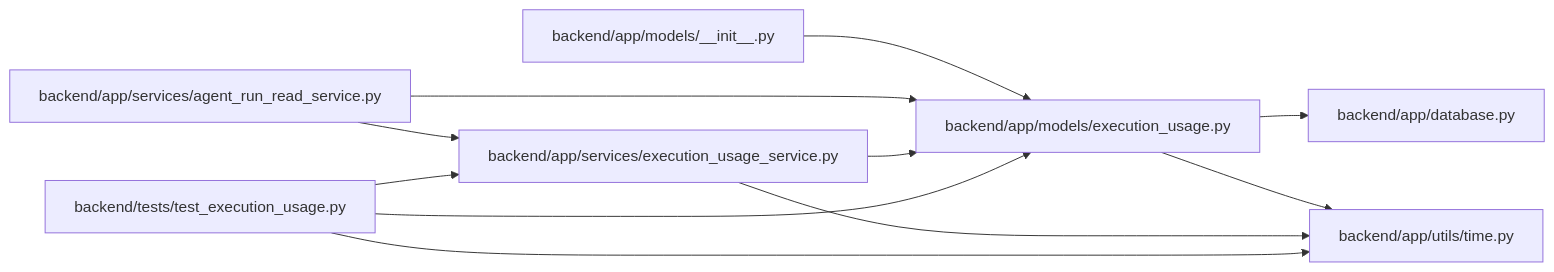
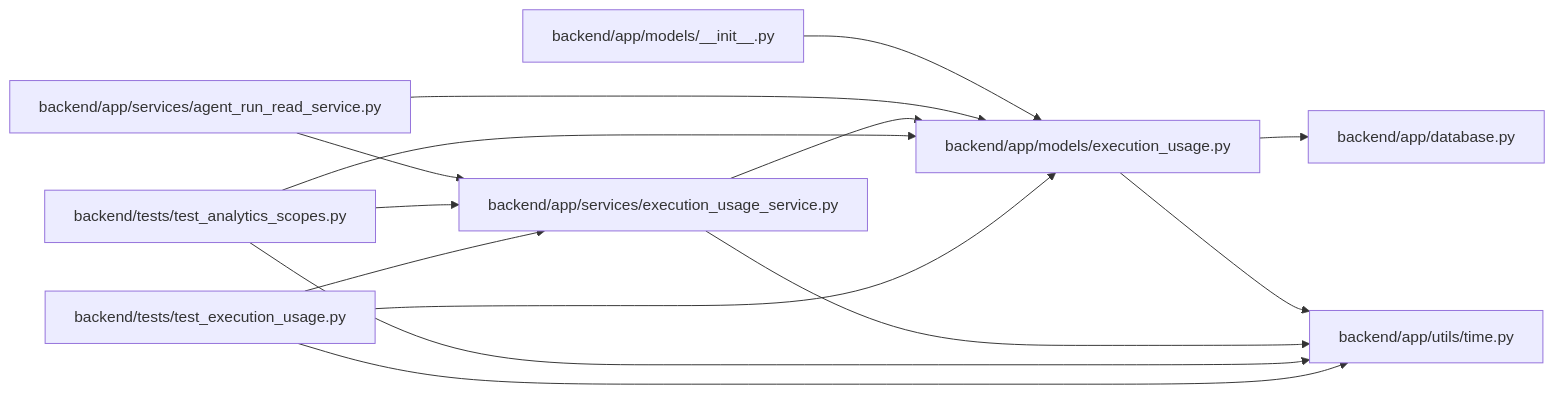
One commit to Denissvgn/WorkChord changed the diagram in docs/llm_wiki/modules/models_execution_usage.md. Above: the diagram before and after it, drawn with Mermaid. The commit also changed other lines of this file and 2373 other files, not shown here.

````diff
--- a/docs/llm_wiki/modules/models_execution_usage.md
+++ b/docs/llm_wiki/modules/models_execution_usage.md
@@ -24,27 +24,32 @@
 ```mermaid
 flowchart LR
     n0["backend/app/database.py"]
     n1["backend/app/models/__init__.py"]
     n2["backend/app/models/execution_usage.py"]
     n3["backend/app/services/agent_run_read_service.py"]
     n4["backend/app/services/execution_usage_service.py"]
     n5["backend/app/utils/time.py"]
-    n6["backend/tests/test_execution_usage.py"]
+    n6["backend/tests/test_analytics_scopes.py"]
+    n7["backend/tests/test_execution_usage.py"]
     n1 --> n2
     n2 --> n0
     n2 --> n5
     n3 --> n2
     n3 --> n4
     n4 --> n2
     n4 --> n5
     n6 --> n2
     n6 --> n4
     n6 --> n5
+    n7 --> n2
+    n7 --> n4
+    n7 --> n5
     click n0 "../modules/app_database.md"
     click n1 "../modules/models___init__.md"
     click n2 "../modules/models_execution_usage.md"
     click n3 "../modules/agent_run_read_service.md"
     click n4 "../modules/execution_usage_service.md"
     click n5 "../modules/time.md"
-    click n6 "../modules/test_execution_usage.md"
+    click n6 "../modules/test_analytics_scopes.md"
+    click n7 "../modules/test_execution_usage.md"
 ```
````
